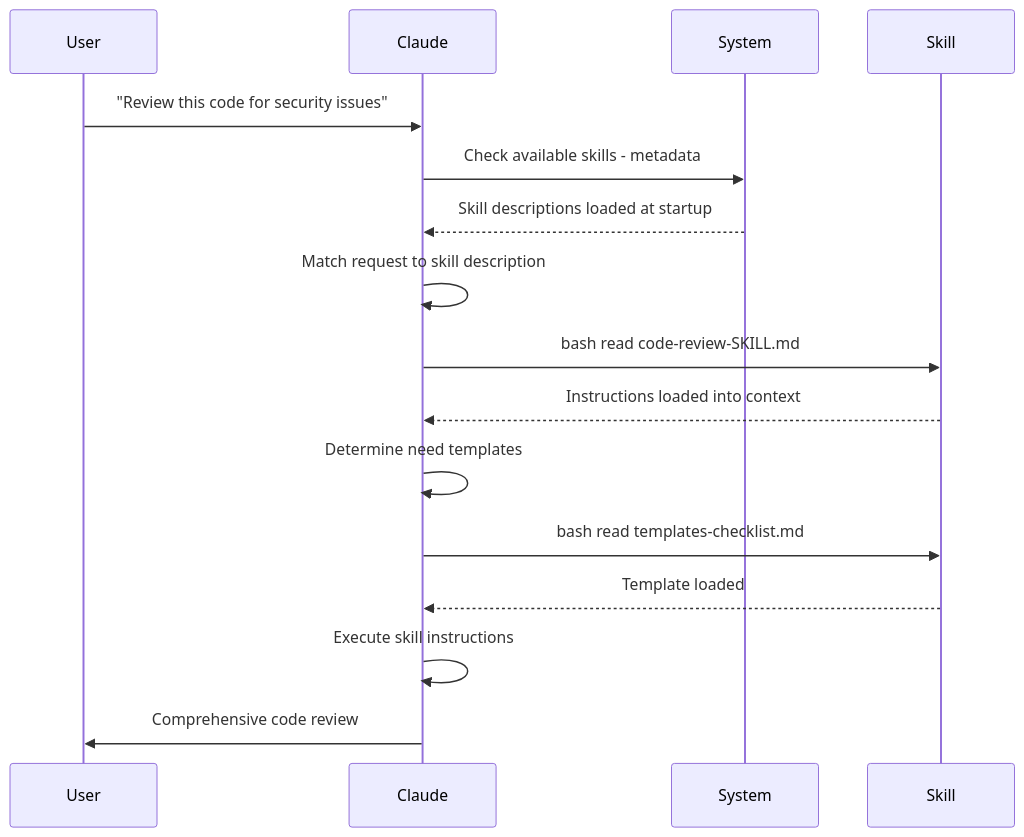
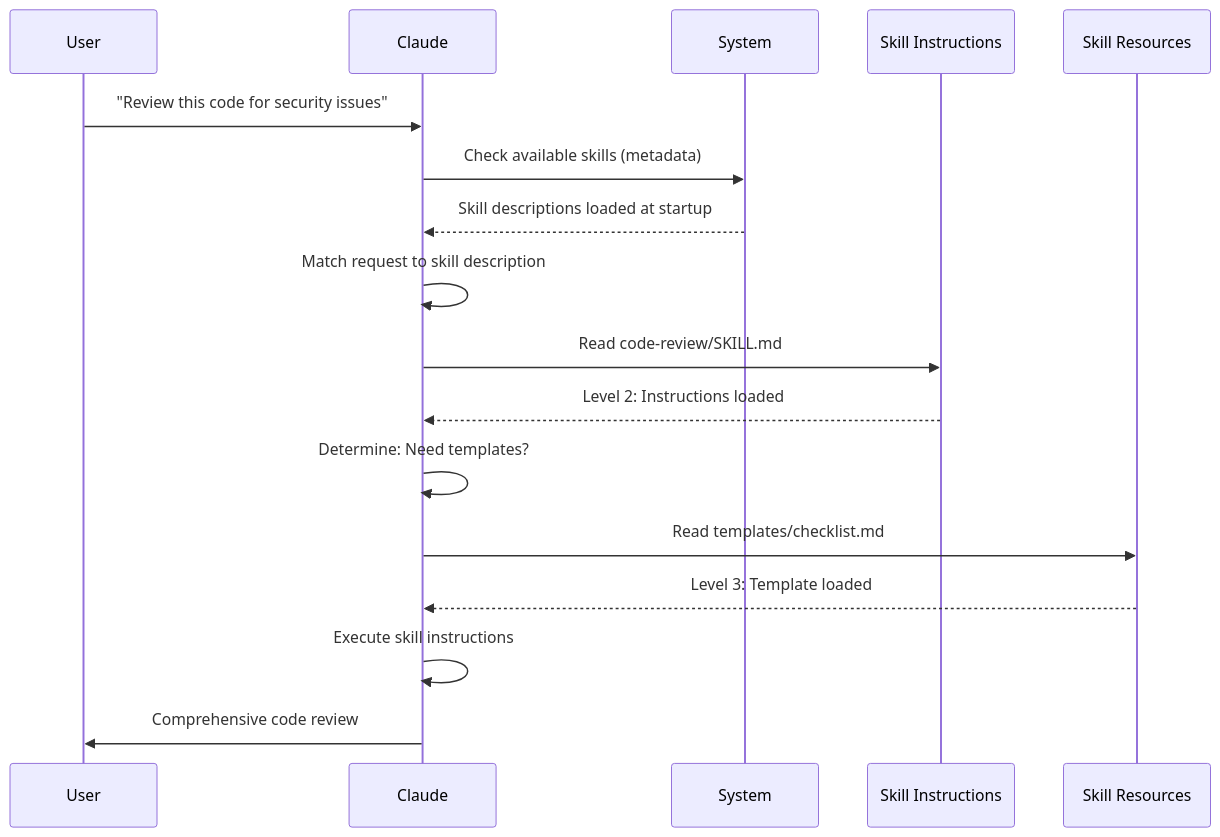
The second of 2 diagrams in 03-skills/README.md (Rx782-Fss/claude-howto-zh), drawn with Mermaid before and after one commit. The commit also changed other lines of this file and 91 other files, not shown here.

````diff
--- a/03-skills/README.md
+++ b/03-skills/README.md
@@ -66,19 +66,20 @@
 ```mermaid
 sequenceDiagram
     participant User
-    participant Claude as Claude
-    participant System as System
-    participant Skill as Skill
+    participant Claude
+    participant System
+    participant SkillInst as Skill Instructions
+    participant SkillRes as Skill Resources
 
     User->>Claude: "Review this code for security issues"
-    Claude->>System: Check available skills - metadata
+    Claude->>System: Check available skills (metadata)
     System-->>Claude: Skill descriptions loaded at startup
     Claude->>Claude: Match request to skill description
-    Claude->>Skill: bash read code-review-SKILL.md
-    Skill-->>Claude: Instructions loaded into context
-    Claude->>Claude: Determine need templates
-    Claude->>Skill: bash read templates-checklist.md
-    Skill-->>Claude: Template loaded
+    Claude->>SkillInst: Read code-review/SKILL.md
+    SkillInst-->>Claude: Level 2: Instructions loaded
+    Claude->>Claude: Determine: Need templates?
+    Claude->>SkillRes: Read templates/checklist.md
+    SkillRes-->>Claude: Level 3: Template loaded
     Claude->>Claude: Execute skill instructions
     Claude->>User: Comprehensive code review
 ```
````
